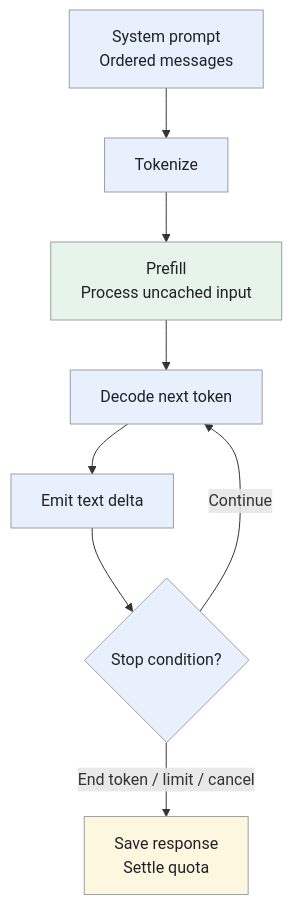
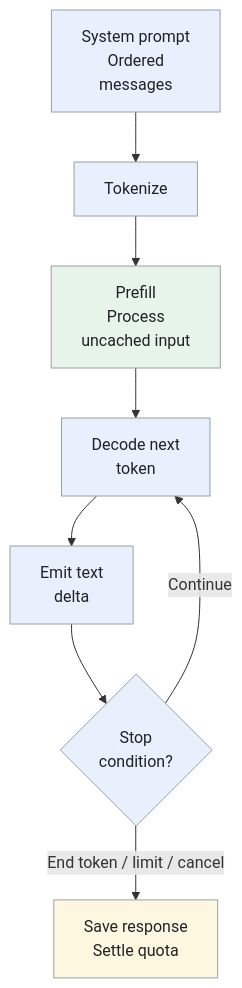
One commit to iliazlobin/iliazlobin.github.io changed the third of 6 diagrams in _designs/system-design-chatgpt.md. Above: the diagram before and after it, drawn with Mermaid. The commit also changed other lines of this file and 116 other files, not shown here.

````diff
--- a/_designs/system-design-chatgpt.md
+++ b/_designs/system-design-chatgpt.md
@@ -242,16 +242,16 @@
 ```mermaid
 flowchart TB
-    A["System prompt<br>Ordered messages"] --> B["Tokenize"]
-    B --> C["Prefill<br>Process uncached input"]
-    C --> D["Decode next token"]
-    D --> E["Emit text delta"]
-    E --> F{"Stop condition?"}
+    A["System prompt<br>Ordered<br>messages"] --> B["Tokenize"]
+    B --> C["Prefill<br>Process<br>uncached input"]
+    C --> D["Decode next<br>token"]
+    D --> E["Emit text<br>delta"]
+    E --> F{"Stop<br>condition?"}
     F -->|"Continue"| D
     F -->|"End token / limit / cancel"| G["Save response<br>Settle quota"]
   classDef request fill:#e8f0fe,stroke:#9aa0a6,color:#202124,stroke-width:1px
   classDef background fill:#e6f4ea,stroke:#9aa0a6,color:#202124,stroke-width:1px
   classDef control fill:#fef7e0,stroke:#9aa0a6,color:#202124,stroke-width:1px
   class A,B,D,E,F request
   class C background
   class G control
 ```
````
